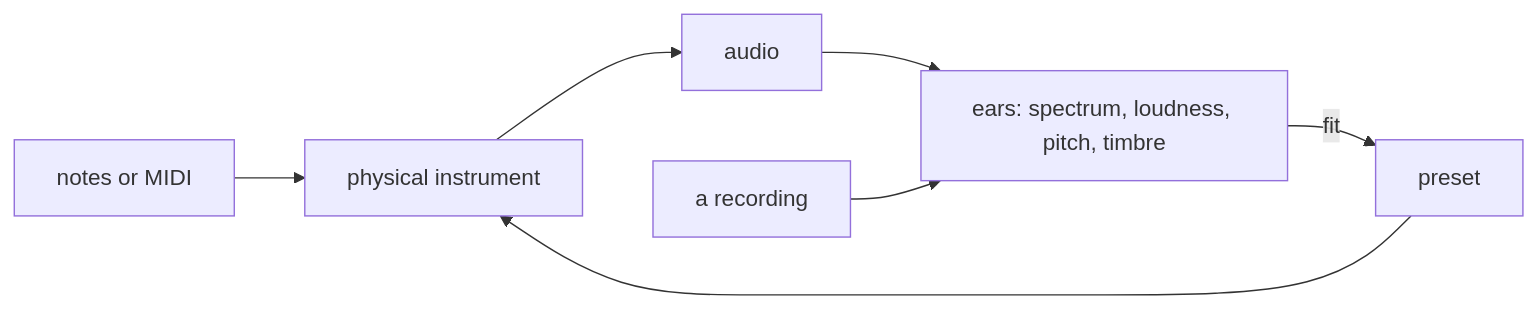
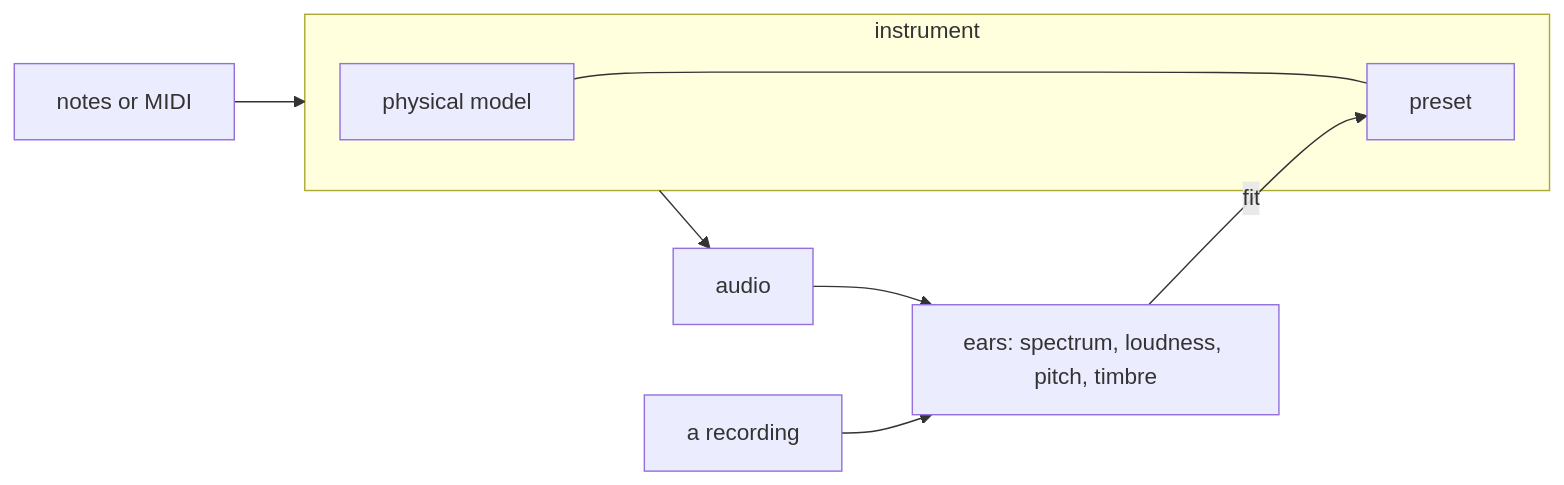
The diagram in README.md (cailmdaley/soundbench), drawn with Mermaid before and after one commit.

Commit message:
README diagram: the preset is part of the instrument
Claude-Session: https://claude.ai/code/session_01JK7o9GbNqXLYdpGh4Y2xMu

````diff
--- a/README.md
+++ b/README.md
@@ -10,7 +10,10 @@
 ```mermaid
 flowchart LR
-    N["notes or MIDI"] --> I["physical instrument"] --> A["audio"]
-    A --> E["ears: spectrum, loudness, pitch, timbre"]
+    N["notes or MIDI"] --> I
+    subgraph I["instrument"]
+        M["physical model"] --- P["preset"]
+    end
+    I --> A["audio"] --> E["ears: spectrum, loudness, pitch, timbre"]
     R["a recording"] --> E
-    E -- fit --> P["preset"] --> I
+    E -- fit --> P
 ```
````
